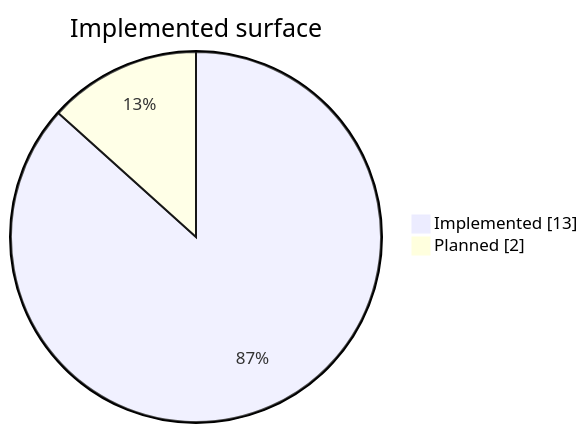
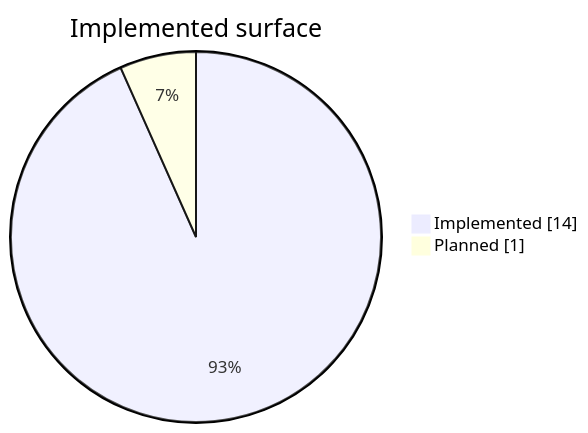
One commit to Armoghans-Organization/Omarchy-Tweaker changed the first of 3 diagrams in docs/index.md. Above: the diagram before and after it, drawn with Mermaid. The commit also changed other lines of this file and 27 other files, not shown here.

````diff
--- a/docs/index.md
+++ b/docs/index.md
@@ -104,6 +104,6 @@
 ```mermaid
 pie showData
     title Implemented surface
-    "Implemented" : 13
-    "Planned" : 2
+    "Implemented" : 14
+    "Planned" : 1
 ```
````
